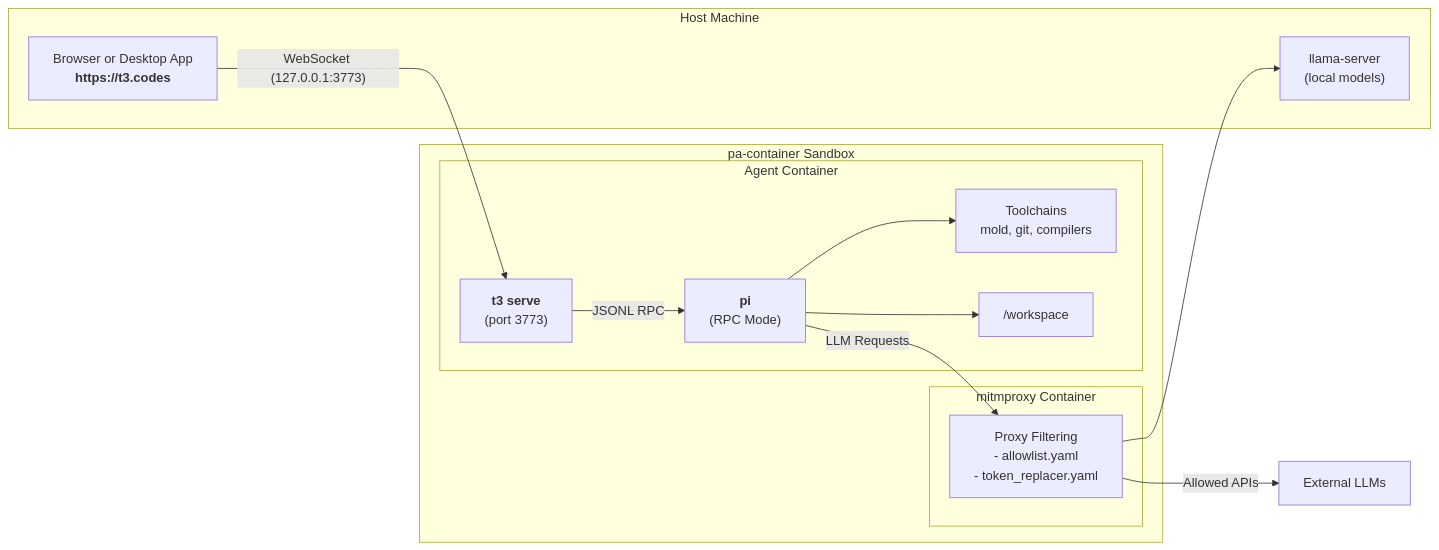
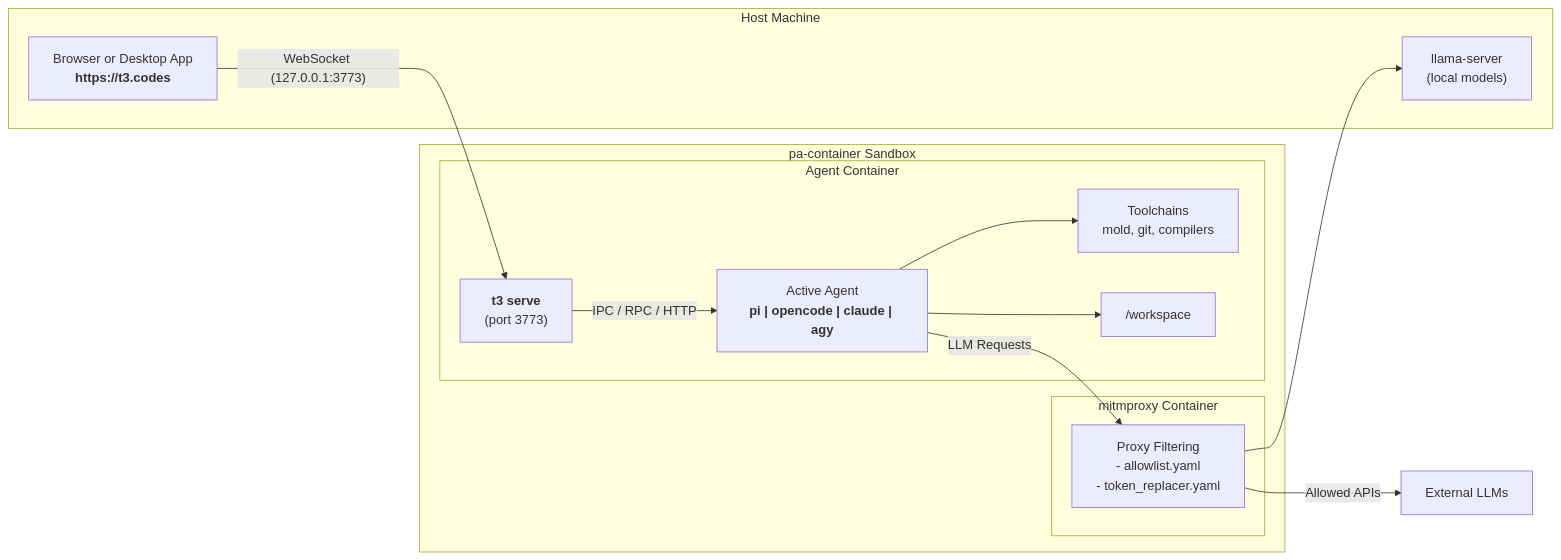
One commit to mikkovihonen/pa-container changed the diagram in docs/t3-code.md. Above: the diagram before and after it, drawn with Mermaid. The commit also changed other lines of this file and 31 other files, not shown here.

First line of the commit message:
feat(agents): add agent-native dual auth for claude and antigravity with config persistence

````diff
--- a/docs/t3-code.md
+++ b/docs/t3-code.md
@@ -13,28 +17,28 @@
 ```mermaid
 flowchart LR
     subgraph Host["Host Machine"]
         Browser["Browser or Desktop App<br/><b>https://t3.codes</b>"]
         Llama["llama-server<br/>(local models)"]
     end
 
     subgraph ContainerStack["pa-container Sandbox"]
         subgraph Proxy["mitmproxy Container"]
             ProxyFilter["Proxy Filtering<br/>- allowlist.yaml<br/>- token_replacer.yaml"]
         end
 
         subgraph Agent["Agent Container"]
             T3Server["<b>t3 serve</b><br/>(port 3773)"]
-            Pi["<b>pi</b><br/>(RPC Mode)"]
+            ActiveAgent["Active Agent<br/><b>pi | opencode | claude | agy</b>"]
             Tools["Toolchains<br/>mold, git, compilers"]
             Workspace["/workspace"]
         end
     end
 
     Browser -- "WebSocket (127.0.0.1:3773)" --> T3Server
-    T3Server -- "JSONL RPC" --> Pi
-    Pi --> Workspace
-    Pi --> Tools
-    Pi -- "LLM Requests" --> ProxyFilter
+    T3Server -- "IPC / RPC / HTTP" --> ActiveAgent
+    ActiveAgent --> Workspace
+    ActiveAgent --> Tools
+    ActiveAgent -- "LLM Requests" --> ProxyFilter
     ProxyFilter --> Llama
     ProxyFilter -- "Allowed APIs" --> RemoteLLM["External LLMs"]
 ```
````
